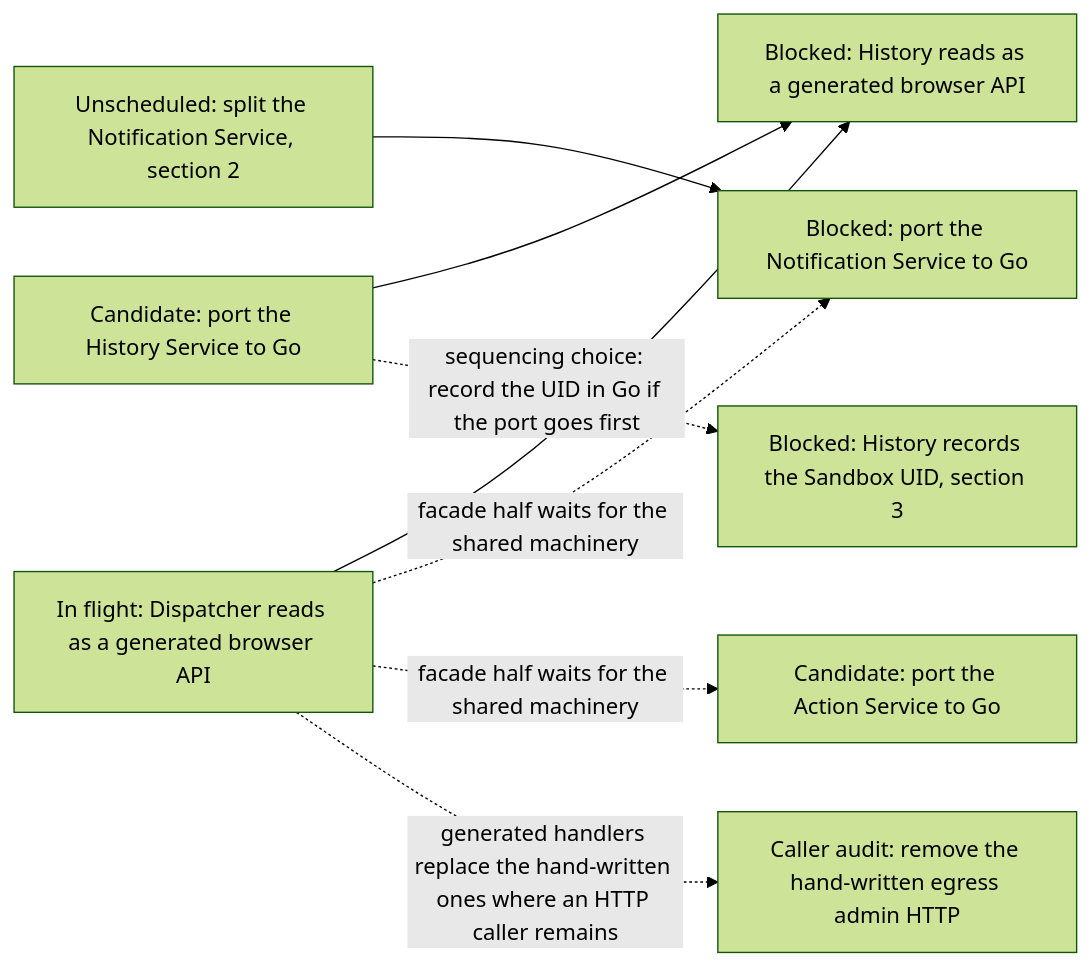
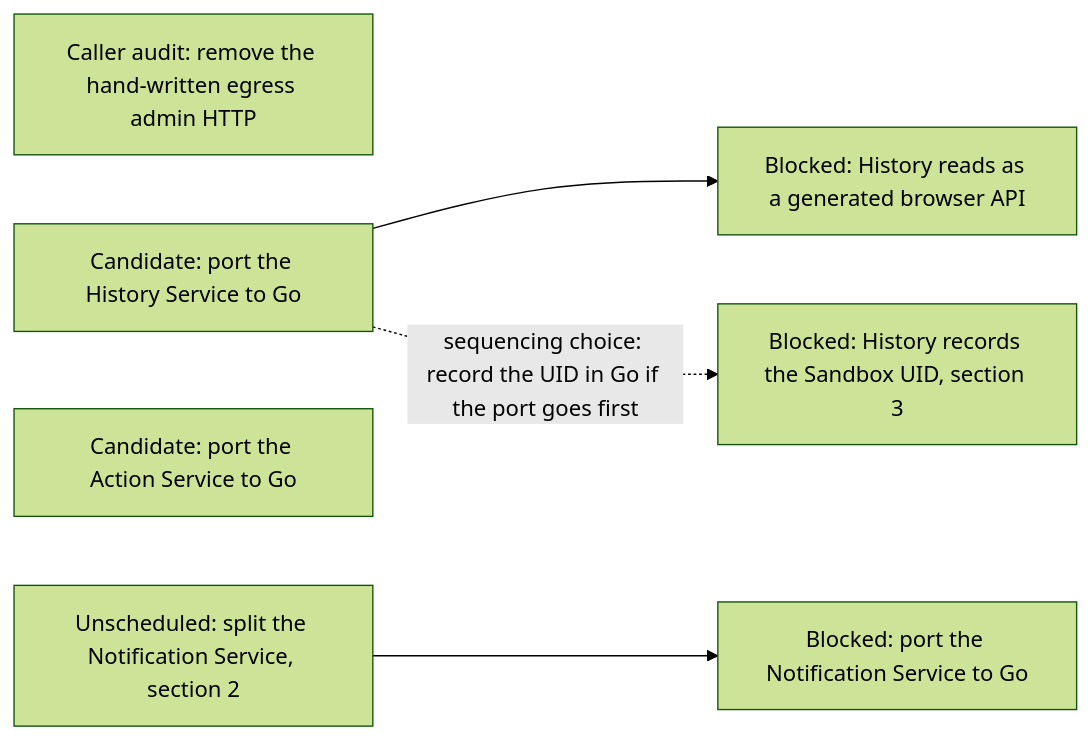
One commit to agentydragon-agent/ducktape changed diagram 17 of 17 in agentplane/plans/task_dag.md. Above: the diagram before and after it, drawn with Mermaid (forest theme). The commit also changed other lines of this file and 39 other files, not shown here.

````diff
--- a/agentplane/plans/task_dag.md
+++ b/agentplane/plans/task_dag.md
@@ -1915,18 +1915,13 @@
 ```mermaid
 flowchart LR
-    DISPATCHER_READS_FACADE[In flight: Dispatcher reads as a generated browser API]
     EGRESS_ADMIN_HTTP_TEARDOWN[Caller audit: remove the hand-written egress admin HTTP]
     HISTORY_SERVICE_GO_PORT[Candidate: port the History Service to Go]
     HISTORY_READS_FACADE[Blocked: History reads as a generated browser API]
     NOTIFICATION_SERVICE_GO_PORT[Blocked: port the Notification Service to Go]
     ACTION_SERVICE_GO_PORT[Candidate: port the Action Service to Go]
     NOTIFICATION_SERVICE_SPLIT[Unscheduled: split the Notification Service, section 2]
     HISTORY_SANDBOX_UID[Blocked: History records the Sandbox UID, section 3]
     HISTORY_SERVICE_GO_PORT --> HISTORY_READS_FACADE
-    DISPATCHER_READS_FACADE --> HISTORY_READS_FACADE
     NOTIFICATION_SERVICE_SPLIT --> NOTIFICATION_SERVICE_GO_PORT
-    DISPATCHER_READS_FACADE -. facade half waits for the shared machinery .-> NOTIFICATION_SERVICE_GO_PORT
-    DISPATCHER_READS_FACADE -. facade half waits for the shared machinery .-> ACTION_SERVICE_GO_PORT
-    DISPATCHER_READS_FACADE -. generated handlers replace the hand-written ones where an HTTP caller remains .-> EGRESS_ADMIN_HTTP_TEARDOWN
     HISTORY_SERVICE_GO_PORT -. sequencing choice: record the UID in Go if the port goes first .-> HISTORY_SANDBOX_UID
 ```
````
